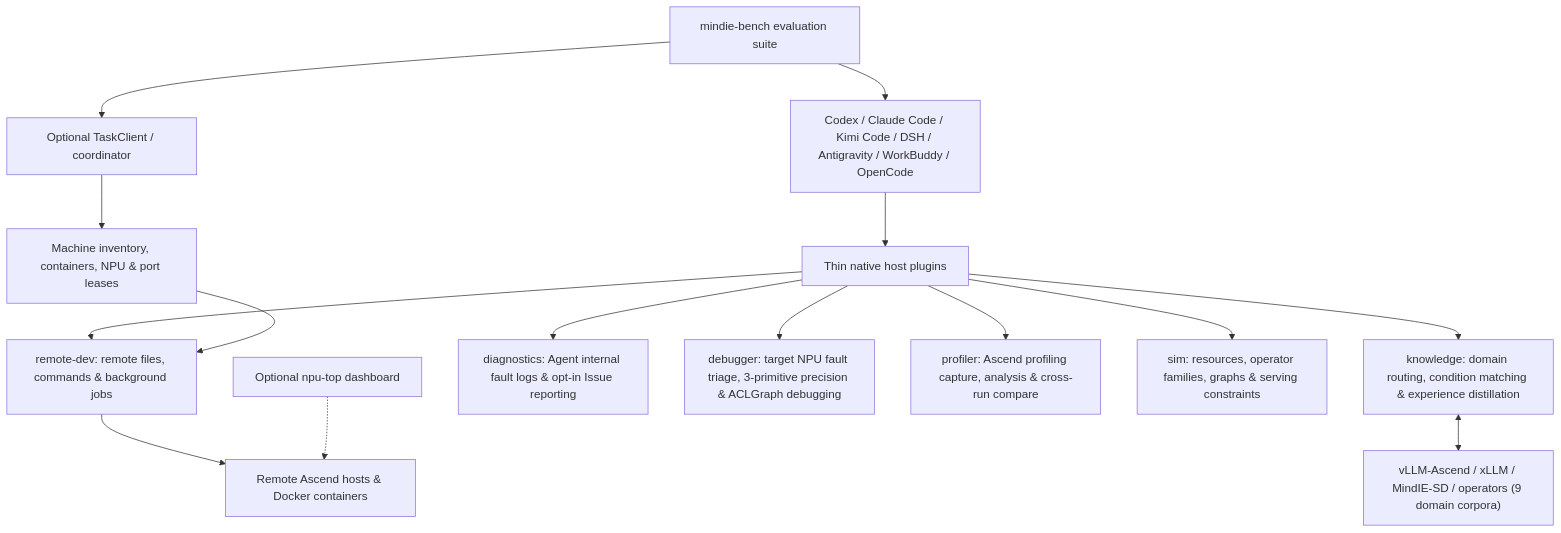
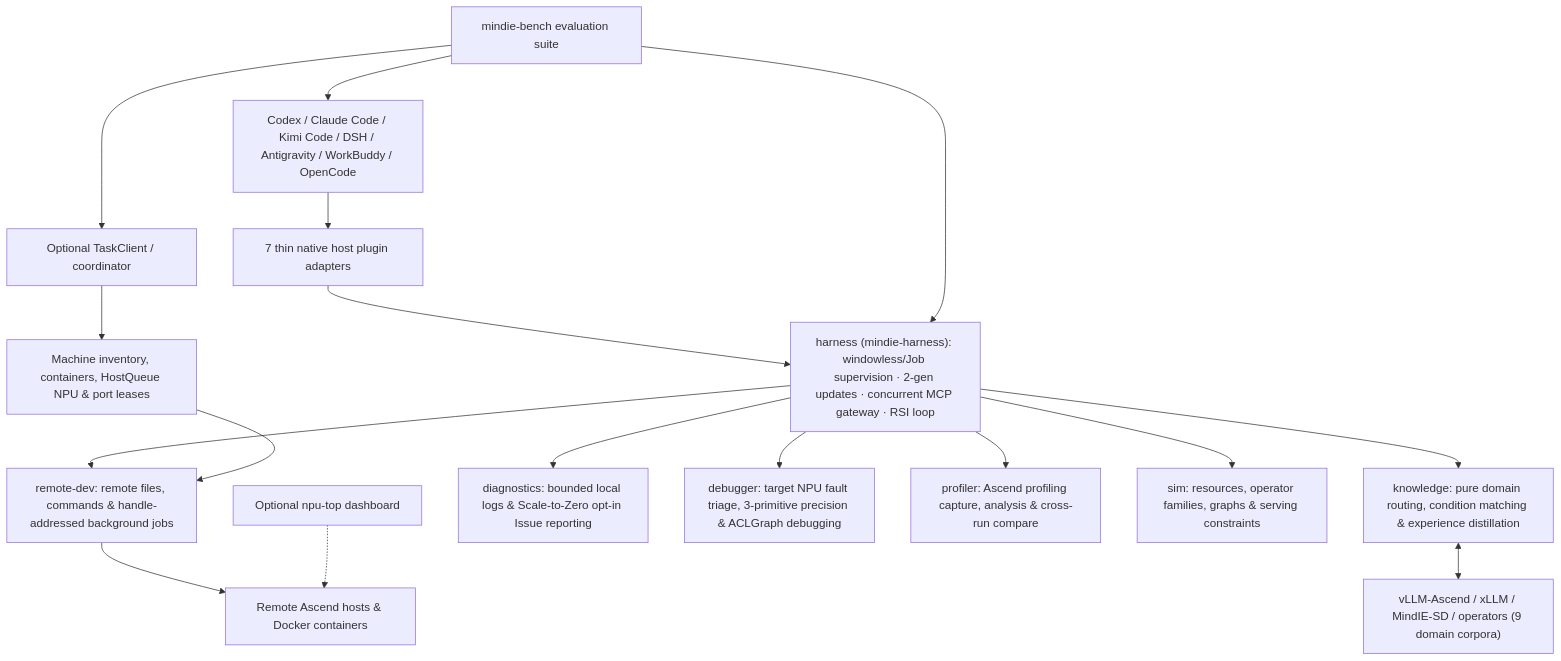
One commit to mindie-agent/mindie-agent changed the diagram in docs/architecture.en.md. Above: the diagram before and after it, drawn with Mermaid. The commit also changed other lines of this file and 65 other files, not shown here.

````diff
--- a/docs/architecture.en.md
+++ b/docs/architecture.en.md
@@ -11,17 +11,19 @@
 ```mermaid
 flowchart TB
-    H["Codex / Claude Code / Kimi Code / DSH / Antigravity / WorkBuddy / OpenCode"] --> P["Thin native host plugins"]
-    P --> K["knowledge: domain routing, condition matching & experience distillation"]
-    P --> R["remote-dev: remote files, commands & background jobs"]
-    P --> D["diagnostics: Agent internal fault logs & opt-in Issue reporting"]
-    P --> DB["debugger: target NPU fault triage, 3-primitive precision & ACLGraph debugging"]
-    P --> PR["profiler: Ascend profiling capture, analysis & cross-run compare"]
-    P --> S["sim: resources, operator families, graphs & serving constraints"]
+    H["Codex / Claude Code / Kimi Code / DSH / Antigravity / WorkBuddy / OpenCode"] --> P["7 thin native host plugin adapters"]
+    P --> HS["harness (mindie-harness): windowless/Job supervision · 2-gen updates · concurrent MCP gateway · RSI loop"]
+    HS --> K["knowledge: pure domain routing, condition matching & experience distillation"]
+    HS --> R["remote-dev: remote files, commands & handle-addressed background jobs"]
+    HS --> D["diagnostics: bounded local logs & Scale-to-Zero opt-in Issue reporting"]
+    HS --> DB["debugger: target NPU fault triage, 3-primitive precision & ACLGraph debugging"]
+    HS --> PR["profiler: Ascend profiling capture, analysis & cross-run compare"]
+    HS --> S["sim: resources, operator families, graphs & serving constraints"]
     K <--> F["vLLM-Ascend / xLLM / MindIE-SD / operators (9 domain corpora)"]
-    T["Optional TaskClient / coordinator"] --> Q["Machine inventory, containers, NPU & port leases"]
+    T["Optional TaskClient / coordinator"] --> Q["Machine inventory, containers, HostQueue NPU & port leases"]
     Q --> R
     R --> N["Remote Ascend hosts & Docker containers"]
     M["Optional npu-top dashboard"] -.-> N
     B["mindie-bench evaluation suite"] --> T
+    B --> HS
     B --> H
 ```
````
